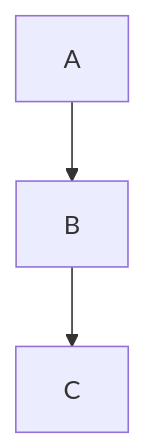
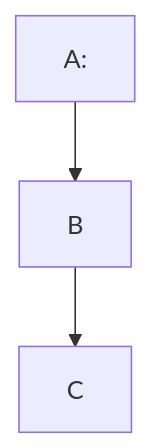
Before and after one commit to vheikkiniemi/FSO2024: the diagram in part0/New_note_diagram.md, drawn with Mermaid.

````diff
--- a/part0/New_note_diagram.md
+++ b/part0/New_note_diagram.md
@@ -52,5 +52,5 @@
 ```mermaid
 graph TD;
-    A --> B;
+    A: --> B;
     B --> C;
 ```
````
